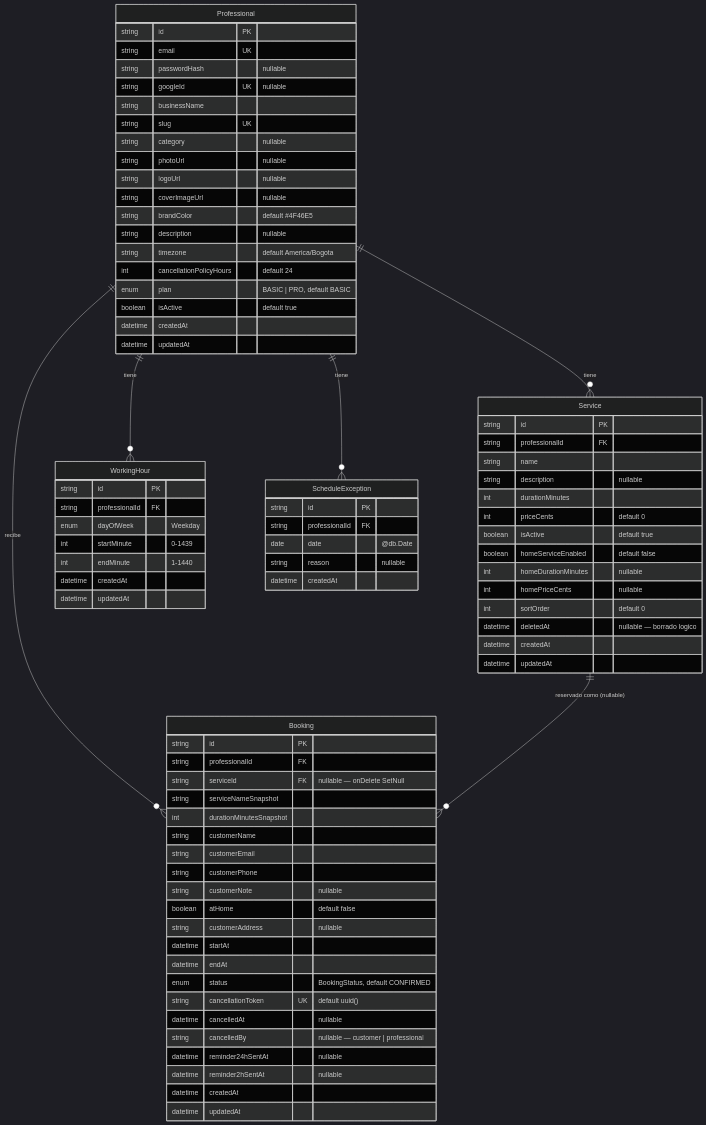
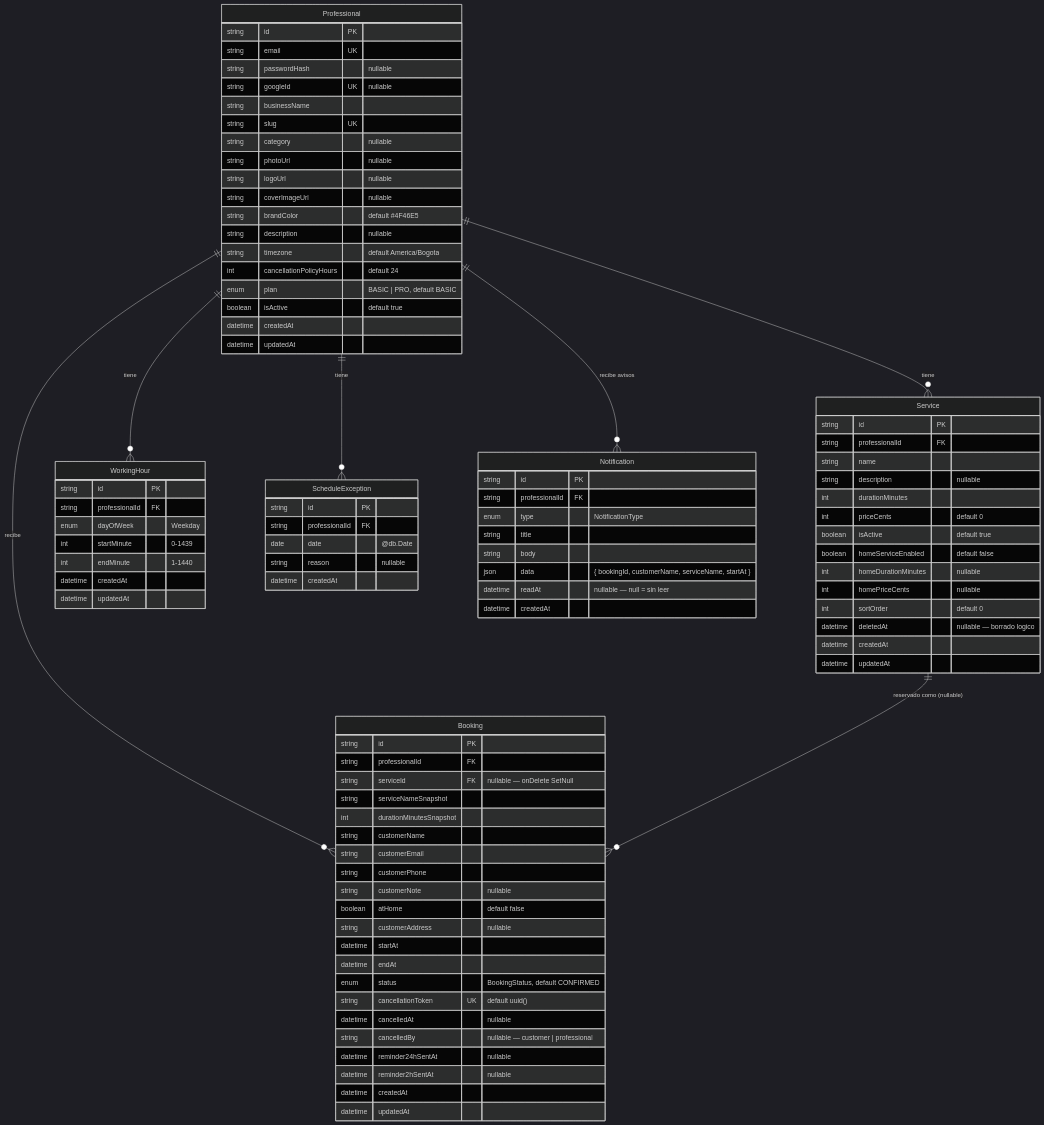
The diagram in docs/src/content/docs/database/er-model.md (Emberalab/Agendya), drawn with Mermaid (dark theme) before and after one commit. The commit also changed other lines of this file and 72 other files, not shown here.

````diff
--- a/docs/src/content/docs/database/er-model.md
+++ b/docs/src/content/docs/database/er-model.md
@@ -14,6 +14,7 @@
   Professional ||--o{ WorkingHour : "tiene"
   Professional ||--o{ ScheduleException : "tiene"
   Professional ||--o{ Booking : "recibe"
+  Professional ||--o{ Notification : "recibe avisos"
   Service ||--o{ Booking : "reservado como (nullable)"
 
   Professional {
@@ -95,4 +96,15 @@
     datetime createdAt
     datetime updatedAt
   }
+
+  Notification {
+    string id PK
+    string professionalId FK
+    enum type "NotificationType"
+    string title
+    string body
+    json data "{ bookingId, customerName, serviceName, startAt }"
+    datetime readAt "nullable — null = sin leer"
+    datetime createdAt
+  }
 ```
````
